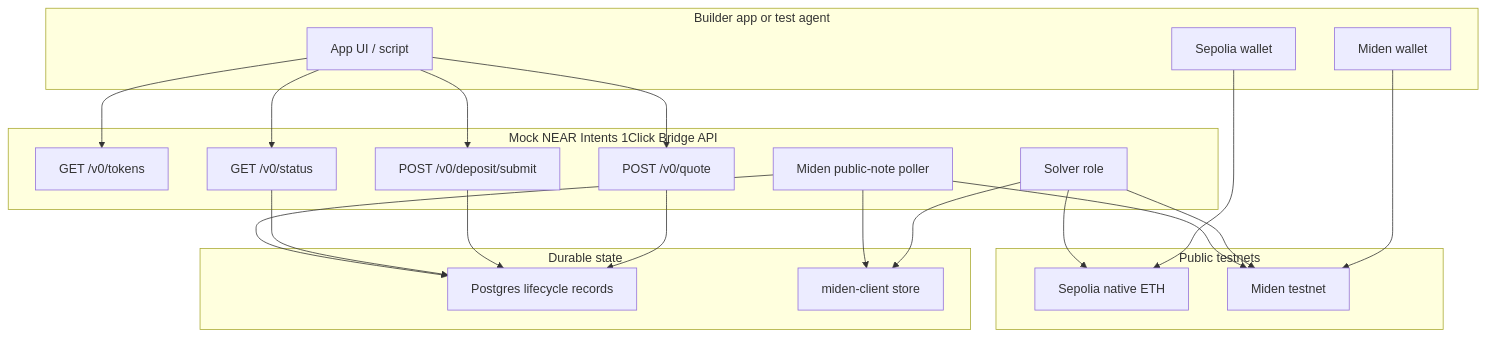
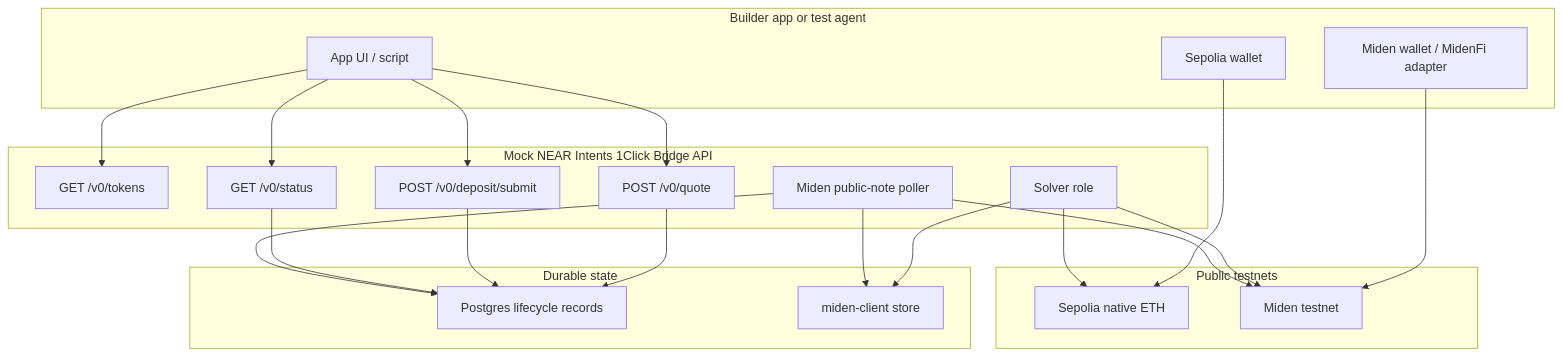
The first of 3 diagrams in docs/architecture.md (BrianSeong99/miden-testnet-bridge), drawn with Mermaid before and after one commit. The commit also changed other lines of this file and 9 other files, not shown here.

````diff
--- a/docs/architecture.md
+++ b/docs/architecture.md
@@ -9,43 +9,43 @@
 ```mermaid
 flowchart TB
     subgraph Builder["Builder app or test agent"]
       App["App UI / script"]
       EvmWallet["Sepolia wallet"]
-      MidenWallet["Miden wallet"]
+      MidenWallet["Miden wallet / MidenFi adapter"]
     end
 
     subgraph Bridge["Mock NEAR Intents 1Click Bridge API"]
       Tokens["GET /v0/tokens"]
       Quote["POST /v0/quote"]
       Submit["POST /v0/deposit/submit"]
       Status["GET /v0/status"]
       Solver["Solver role"]
       Poller["Miden public-note poller"]
     end
 
     subgraph State["Durable state"]
       Postgres["Postgres lifecycle records"]
       MidenStore["miden-client store"]
     end
 
     subgraph Networks["Public testnets"]
       Sepolia["Sepolia native ETH"]
       Miden["Miden testnet"]
     end
 
     App --> Tokens
     App --> Quote
     App --> Submit
     App --> Status
     EvmWallet --> Sepolia
     MidenWallet --> Miden
     Quote --> Postgres
     Submit --> Postgres
     Status --> Postgres
     Solver --> Sepolia
     Solver --> Miden
     Poller --> Miden
     Poller --> Postgres
     Solver --> MidenStore
     Poller --> MidenStore
 ```
````
